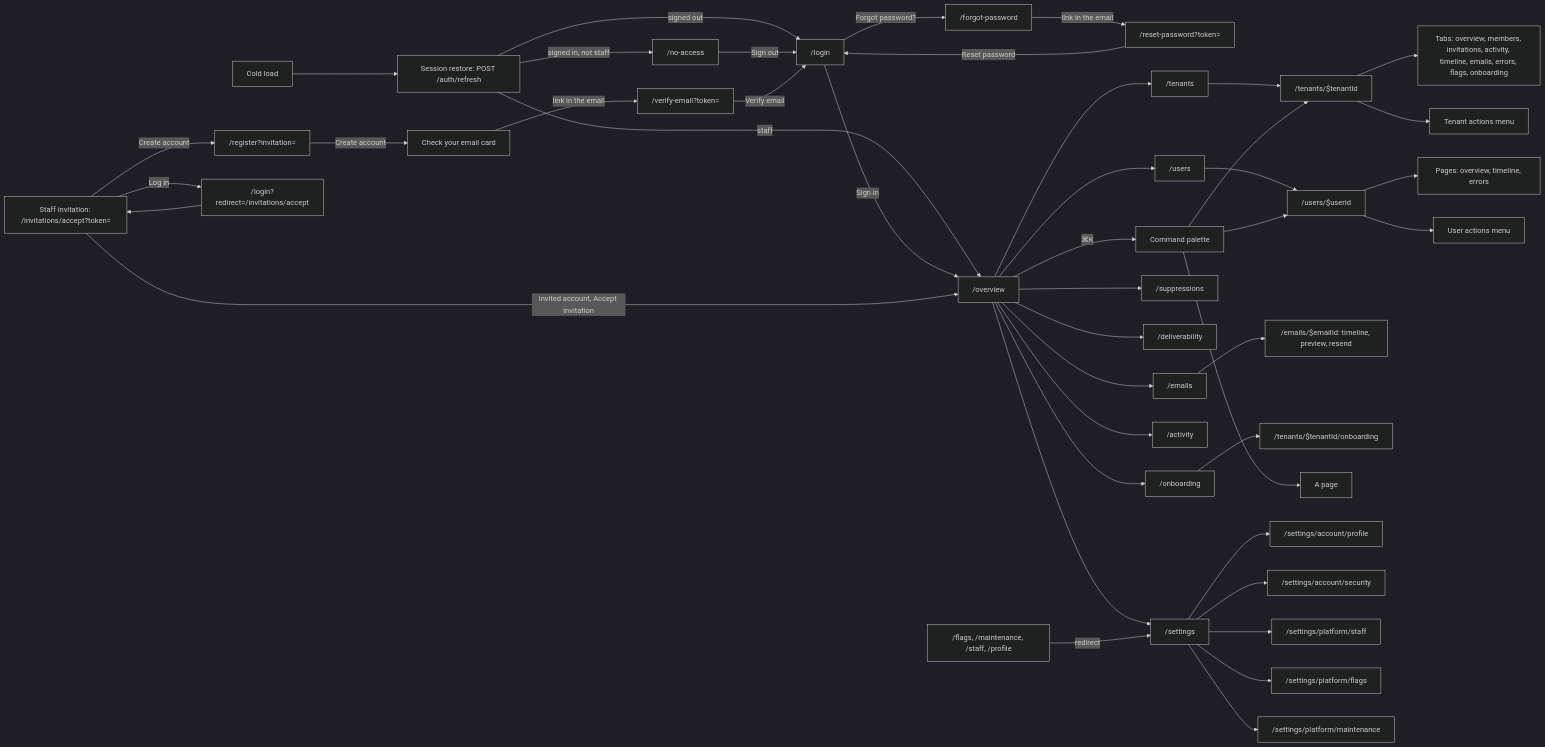
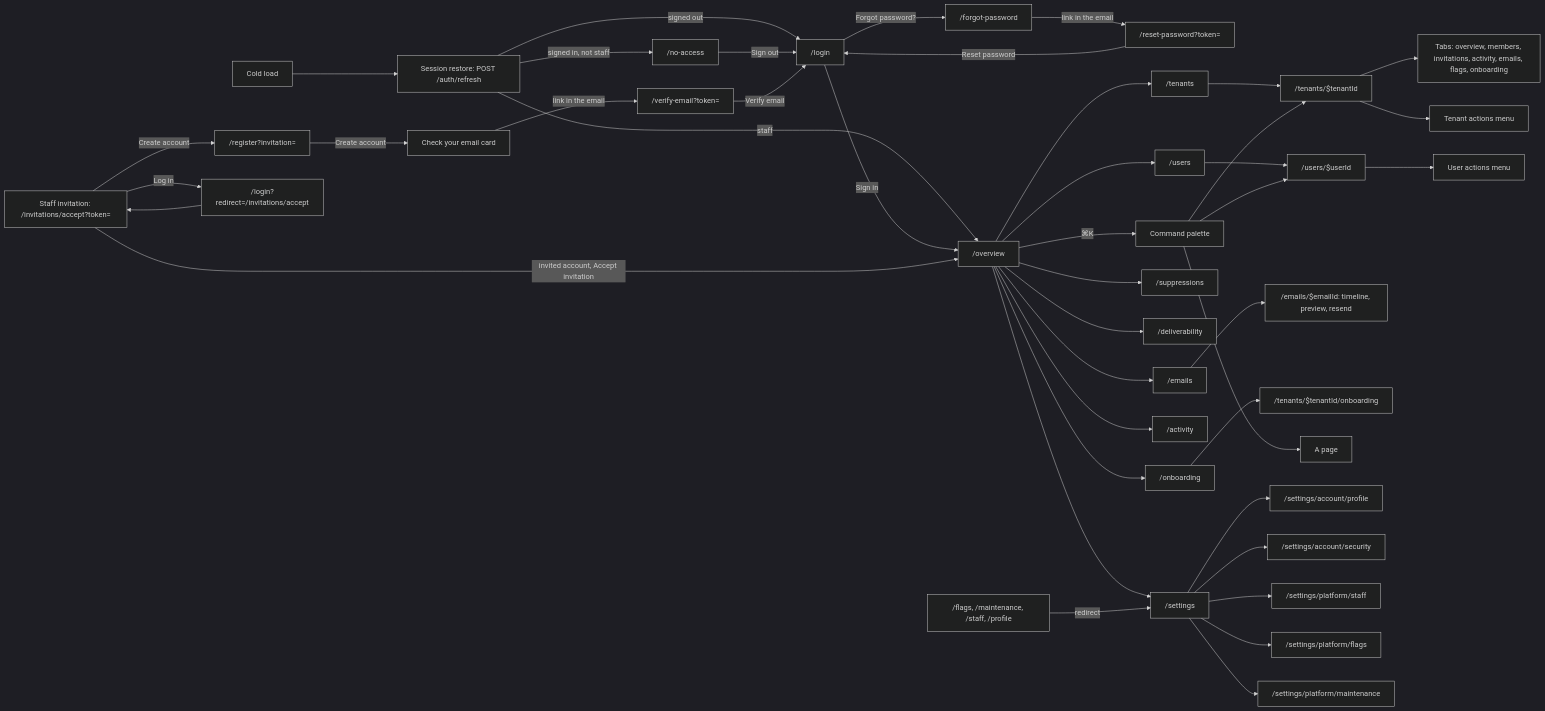
Before and after one commit to mahaverick/apex-boilerplate: the diagram in docs/pages/README.md, drawn with Mermaid (dark theme). The commit also changed other lines of this file and 129 other files, not shown here.

Commit message:
feat!: drop the Timeline and Errors pages; PostHog holds both (#69)

````diff
--- a/docs/pages/README.md
+++ b/docs/pages/README.md
@@ -81,53 +77,52 @@
 ```mermaid
 flowchart LR
   cold["Cold load"] --> restore["Session restore: POST /auth/refresh"]
   restore -->|signed out| login["/login"]
   restore -->|signed in, not staff| noAccess["/no-access"]
   restore -->|staff| overview["/overview"]
   login -->|Sign in| overview
   noAccess -->|Sign out| login
 
   invite["Staff invitation: /invitations/accept?token="] -->|Create account| register["/register?invitation="]
   register -->|Create account| check["Check your email card"]
   check -->|link in the email| verify["/verify-email?token="]
   verify -->|Verify email| login
   invite -->|Log in| loginBack["/login?redirect=/invitations/accept"]
   loginBack --> invite
   invite -->|invited account, Accept invitation| overview
 
   login -->|Forgot password?| forgot["/forgot-password"]
   forgot -->|link in the email| reset["/reset-password?token="]
   reset -->|Reset password| login
 
   overview --> tenants["/tenants"]
   tenants --> tenant["/tenants/$tenantId"]
-  tenant --> tenantTabs["Tabs: overview, members, invitations, activity, timeline, emails, errors, flags, onboarding"]
+  tenant --> tenantTabs["Tabs: overview, members, invitations, activity, emails, flags, onboarding"]
   tenant --> tenantActions["Tenant actions menu"]
 
   overview --> users["/users"]
   users --> user["/users/$userId"]
-  user --> userTabs["Pages: overview, timeline, errors"]
   user --> userActions["User actions menu"]
 
   overview --> emails["/emails"]
   emails --> email["/emails/$emailId: timeline, preview, resend"]
   overview --> suppressions["/suppressions"]
   overview --> deliverability["/deliverability"]
   overview --> onboarding["/onboarding"]
   onboarding --> tenantOnboarding["/tenants/$tenantId/onboarding"]
   overview --> activity["/activity"]
 
   overview -->|⌘K| palette["Command palette"]
   palette --> page["A page"]
   palette --> tenant
   palette --> user
 
   overview --> settings["/settings"]
   settings --> profile["/settings/account/profile"]
   settings --> security["/settings/account/security"]
   settings --> staff["/settings/platform/staff"]
   settings --> flags["/settings/platform/flags"]
   settings --> maintenance["/settings/platform/maintenance"]
 
   legacy["/flags, /maintenance, /staff, /profile"] -->|redirect| settings
 ```
````
